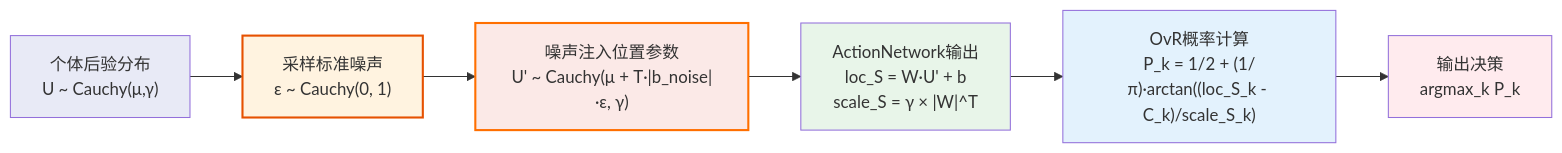
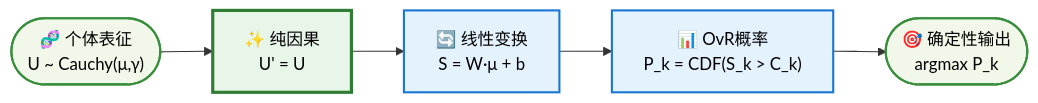
One commit to 1587causalai/CausalQwen changed the second of 5 diagrams in docs/model_inference_position_and_scale.md. Above: the diagram before and after it, drawn with Mermaid. The commit also changed other lines of this file, not shown here.

````diff
--- a/docs/model_inference_position_and_scale.md
+++ b/docs/model_inference_position_and_scale.md
@@ -73,15 +145,18 @@
 ```mermaid
-graph LR
-    Input["个体后验分布<br>U ~ Cauchy(μ,γ)"] --> Noise["采样标准噪声<br>ε ~ Cauchy(0, 1)"]
-    Noise --> Inject["噪声注入位置参数<br>U' ~ Cauchy(μ + T·|b_noise|·ε, γ)"]
-    Inject --> Action["ActionNetwork输出<br>loc_S = W·U' + b<br>scale_S = γ × |W|^T"]
-    Action --> OvR["OvR概率计算<br>P_k = 1/2 + (1/π)·arctan((loc_S_k - C_k)/scale_S_k)"]
-    OvR --> Output["输出决策<br>argmax_k P_k"]
+flowchart LR
+    Input(["🧬 个体表征<br/>U ~ Cauchy(μ,γ)"]) 
+    Direct["✨ 纯因果<br/>U' = U"]
+    Action["🔄 线性变换<br/>S = W·μ + b"]
+    OvR["📊 OvR概率<br/>P_k = CDF(S_k > C_k)"]
+    Output(["🎯 确定性输出<br/>argmax P_k"])
     
-    style Input fill:#e8eaf6
-    style Noise fill:#fff3e0,stroke:#e65100,stroke-width:2px
-    style Inject fill:#fbe9e7,stroke:#ff6f00,stroke-width:2px
-    style Action fill:#e8f5e9
-    style OvR fill:#e3f2fd
-    style Output fill:#ffebee
+    Input --> Direct --> Action --> OvR --> Output
+    
+    classDef pure fill:#e8f5e9,stroke:#2e7d32,stroke-width:3px,color:#000
+    classDef process fill:#e3f2fd,stroke:#1976d2,stroke-width:2px,color:#000
+    classDef result fill:#f1f8e9,stroke:#388e3c,stroke-width:2px,color:#000
+    
+    class Input,Output result
+    class Direct pure
+    class Action,OvR process
 ```
````
